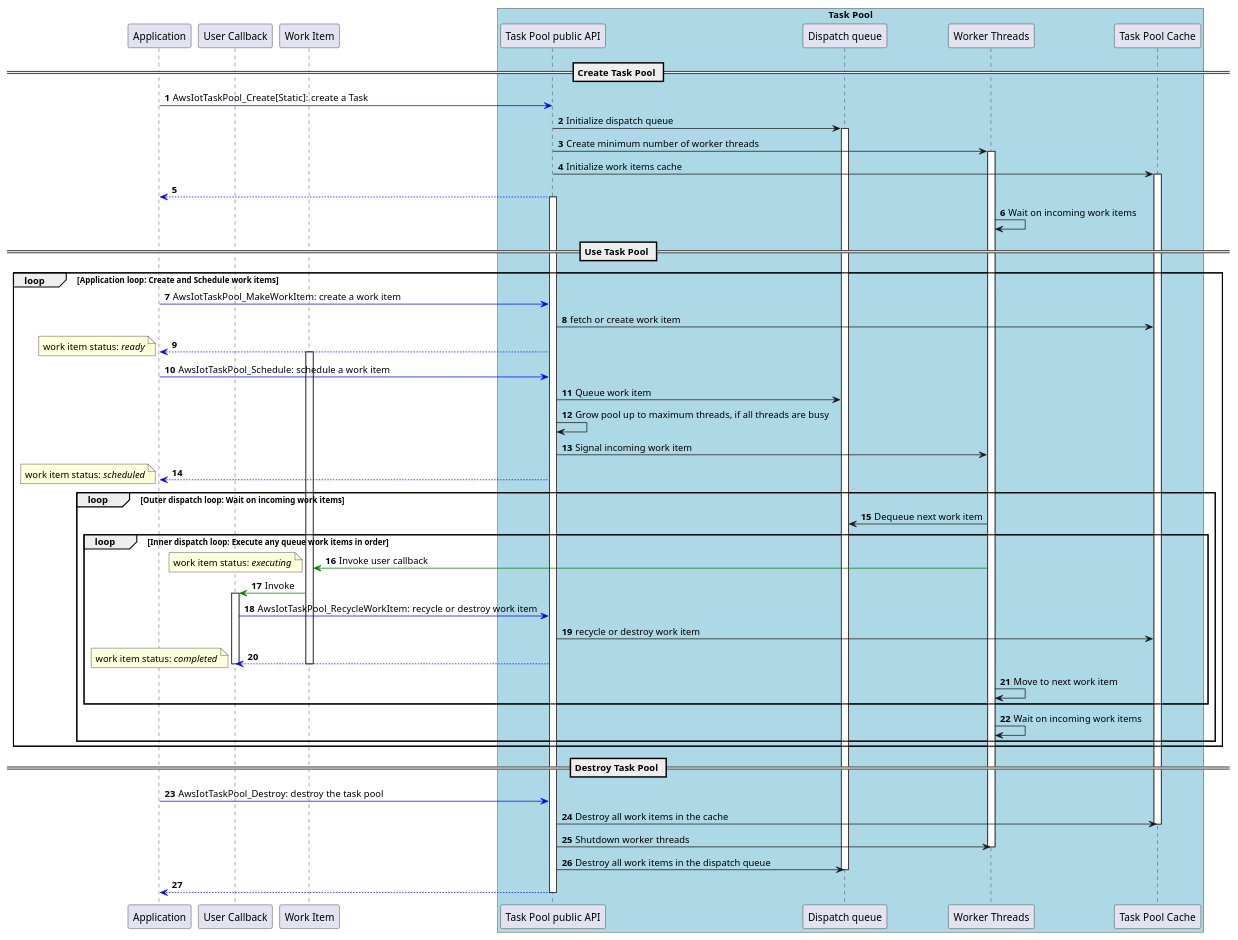
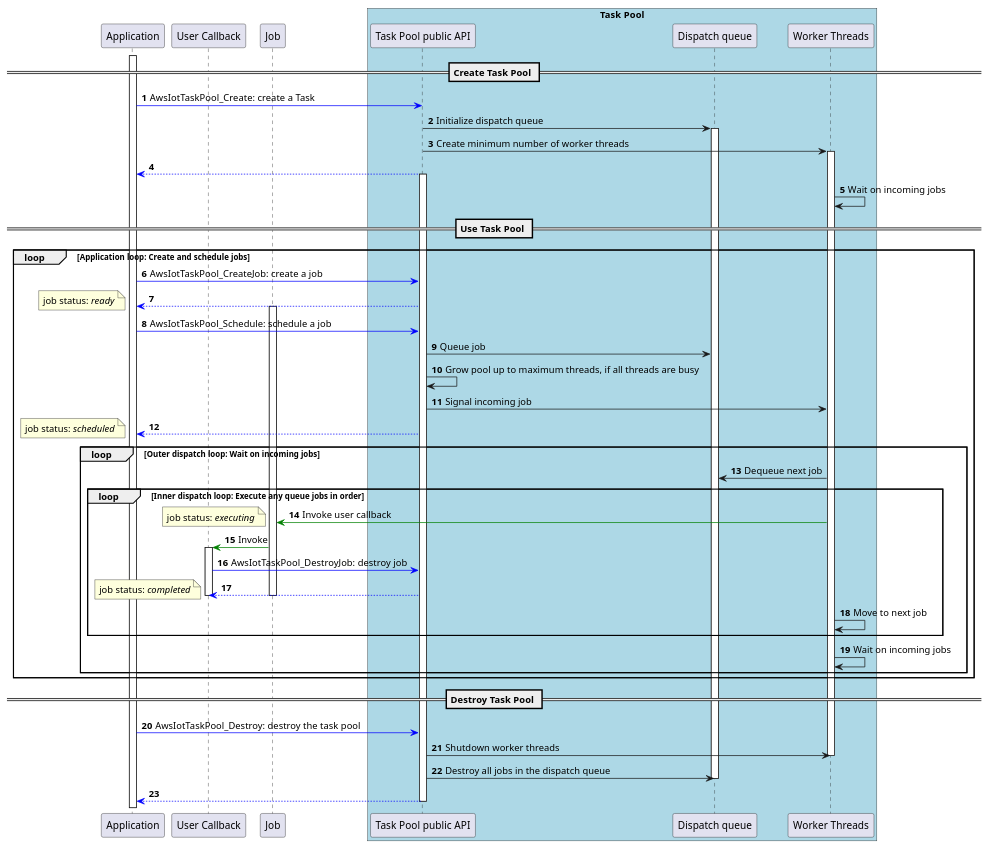
Before and after one commit to mandutech/aws-iot-device-sdk-embedded-C: the diagram in doc/plantuml/taskpool_design_typicaloperation.pu, drawn with PlantUML. The commit also changed 2 other files, not shown here.

```diff
--- a/doc/plantuml/taskpool_design_typicaloperation.pu
+++ b/doc/plantuml/taskpool_design_typicaloperation.pu
@@ -1,83 +1,77 @@
 @startuml
 skinparam classFontSize 8
 skinparam classFontName Helvetica
 autonumber
 
 participant "Application" as app
 participant "User Callback" as callback
-participant "Work Item" as workitem
+participant "Job" as job
 
 participant "Task Pool public API" as TP
 participant "Dispatch queue" as queue
 participant "Worker Threads" as workers
-participant "Task Pool Cache" as cache
 
 box "Task Pool" #LightBlue
     participant TP
     participant queue
     participant workers
-    participant cache
 end box
 
 == Create Task Pool ==
 
-app -[#blue]> TP: AwsIotTaskPool_Create[Static]: create a Task 
+activate app
+
+app -[#blue]> TP: AwsIotTaskPool_Create: create a Task 
 TP -> queue: Initialize dispatch queue
 activate queue
 TP -> workers: Create minimum number of worker threads
 activate workers
-TP -> cache: Initialize work items cache
-activate cache
 TP --[#blue]> app
 activate TP
-workers -> workers: Wait on incoming work items
+workers -> workers: Wait on incoming jobs
 
 == Use Task Pool ==
 
-loop Application loop: Create and Schedule work items
-	app -[#blue]> TP: AwsIotTaskPool_MakeWorkItem: create a work item
-	TP -> cache: fetch or create work item
+loop Application loop: Create and schedule jobs
+	app -[#blue]> TP: AwsIotTaskPool_CreateJob: create a job
 	TP --[#blue]> app
-	activate workitem
-	note left: work item status: //ready//
+	activate job
+	note left: job status: //ready//
 	
-	app -[#blue]> TP: AwsIotTaskPool_Schedule: schedule a work item
-	TP -> queue: Queue work item
+	app -[#blue]> TP: AwsIotTaskPool_Schedule: schedule a job
+	TP -> queue: Queue job
 	TP -> TP: Grow pool up to maximum threads, if all threads are busy
-	TP -> workers: Signal incoming work item
+	TP -> workers: Signal incoming job
 	TP --[#blue]> app
-	note left: work item status: //scheduled//
+	note left: job status: //scheduled//
 	
-	loop Outer dispatch loop: Wait on incoming work items
-		workers -> queue: Dequeue next work item
-		loop Inner dispatch loop: Execute any queue work items in order
-			workers -[#green]> workitem: Invoke user callback
-			note left: work item status: //executing//
-			workitem -[#green]> callback: Invoke
+	loop Outer dispatch loop: Wait on incoming jobs
+		workers -> queue: Dequeue next job
+		loop Inner dispatch loop: Execute any queue jobs in order
+			workers -[#green]> job: Invoke user callback
+			note left: job status: //executing//
+			job -[#green]> callback: Invoke
 			activate callback
-			callback -[#blue]> TP: AwsIotTaskPool_RecycleWorkItem: recycle or destroy work item
-			TP -> cache: recycle or destroy work item
+			callback -[#blue]> TP: AwsIotTaskPool_DestroyJob: destroy job
 			TP --[#blue]> callback
-			note left: work item status: //completed//
-			deactivate workitem
+			note left: job status: //completed//
+			deactivate job
 			deactivate callback
-			workers -> workers: Move to next work item
+			workers -> workers: Move to next job
 		end
-		workers -> workers: Wait on incoming work items
+		workers -> workers: Wait on incoming jobs
 	end
 	
 end
 	
 == Destroy Task Pool ==
 
     app -[#blue]> TP: AwsIotTaskPool_Destroy: destroy the task pool
-	TP -> cache: Destroy all work items in the cache
-	deactivate cache
 	TP -> workers: Shutdown worker threads
 	deactivate workers
-	TP -> queue: Destroy all work items in the dispatch queue
+	TP -> queue: Destroy all jobs in the dispatch queue
 	deactivate queue
     TP --[#blue]> app
 	deactivate TP
 
 @enduml
```
